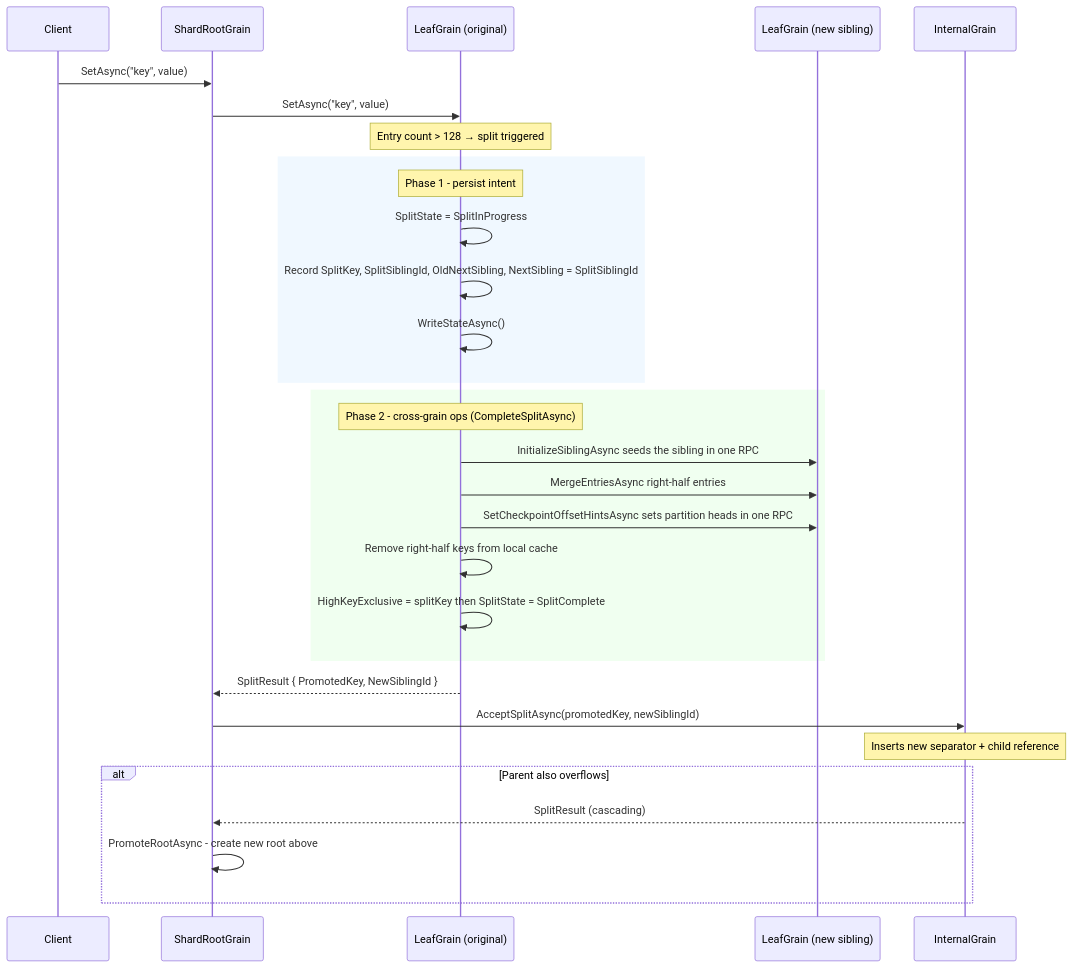
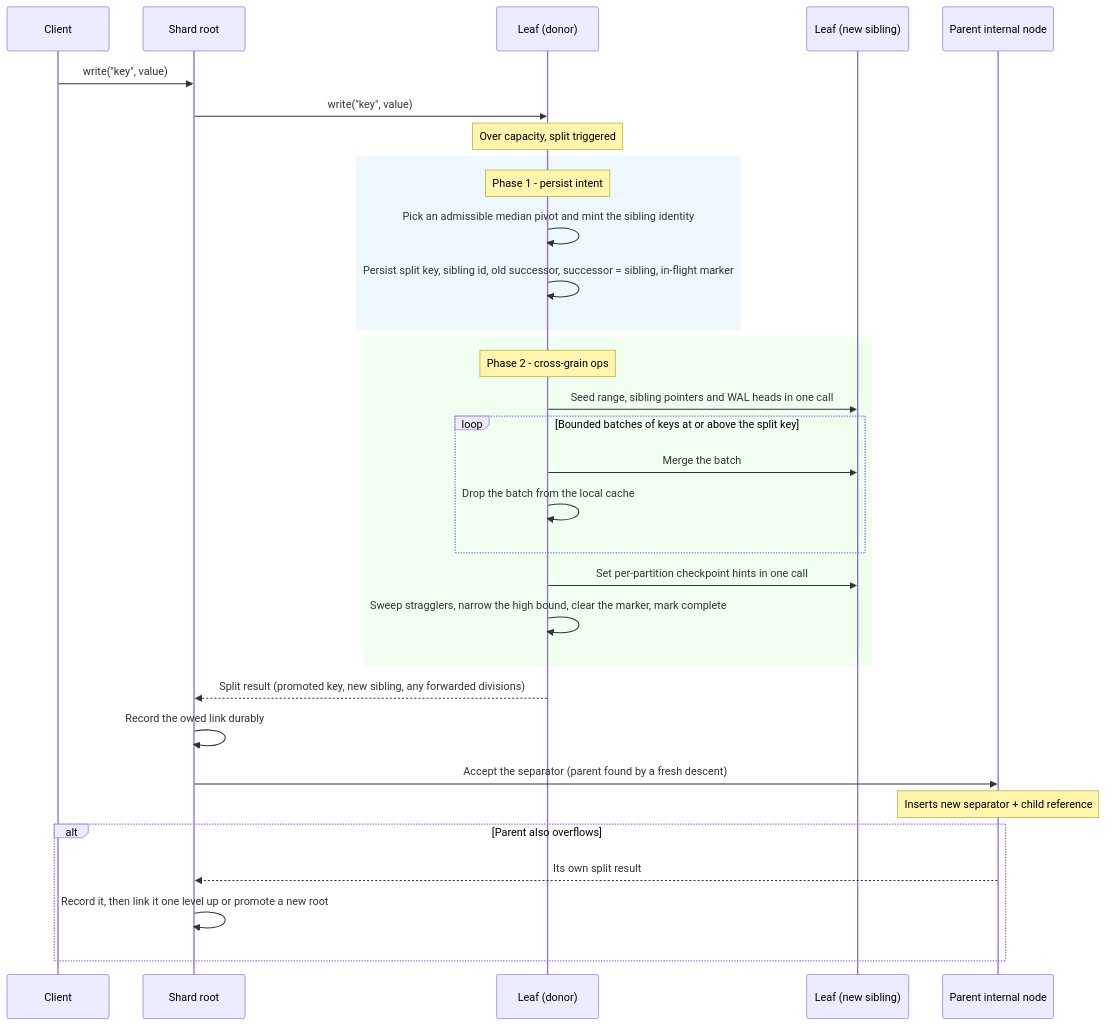
One commit to NSTA1/Orleans.Lattice changed the third of 4 diagrams in docs/lattice/tree-structure.md. Above: the diagram before and after it, drawn with Mermaid. The commit also changed other lines of this file and 448 other files, not shown here.

````diff
--- a/docs/lattice/tree-structure.md
+++ b/docs/lattice/tree-structure.md
@@ -58,39 +58,41 @@
 ```mermaid
 sequenceDiagram
     participant Client
-    participant Root as ShardRootGrain
-    participant Leaf as LeafGrain (original)
-    participant New as LeafGrain (new sibling)
-    participant Parent as InternalGrain
+    participant Root as Shard root
+    participant Leaf as Leaf (donor)
+    participant New as Leaf (new sibling)
+    participant Parent as Parent internal node
 
-    Client->>Root: SetAsync("key", value)
-    Root->>Leaf: SetAsync("key", value)
+    Client->>Root: write("key", value)
+    Root->>Leaf: write("key", value)
 
-    Note over Leaf: Entry count > 128 → split triggered
+    Note over Leaf: Over capacity, split triggered
 
     rect rgb(240, 248, 255)
     Note over Leaf: Phase 1 - persist intent
-    Leaf->>Leaf: SplitState = SplitInProgress
-    Leaf->>Leaf: Record SplitKey, SplitSiblingId, OldNextSibling, NextSibling = SplitSiblingId
-    Leaf->>Leaf: WriteStateAsync()
+    Leaf->>Leaf: Pick an admissible median pivot and mint the sibling identity
+    Leaf->>Leaf: Persist split key, sibling id, old successor, successor = sibling, in-flight marker
     end
 
     rect rgb(240, 255, 240)
-    Note over Leaf: Phase 2 - cross-grain ops (CompleteSplitAsync)
-    Leaf->>New: InitializeSiblingAsync seeds the sibling in one RPC
-    Leaf->>New: MergeEntriesAsync right-half entries
-    Leaf->>New: SetCheckpointOffsetHintsAsync sets partition heads in one RPC
-    Leaf->>Leaf: Remove right-half keys from local cache
-    Leaf->>Leaf: HighKeyExclusive = splitKey then SplitState = SplitComplete
+    Note over Leaf: Phase 2 - cross-grain ops
+    Leaf->>New: Seed range, sibling pointers and WAL heads in one call
+    loop Bounded batches of keys at or above the split key
+        Leaf->>New: Merge the batch
+        Leaf->>Leaf: Drop the batch from the local cache
+    end
+    Leaf->>New: Set per-partition checkpoint hints in one call
+    Leaf->>Leaf: Sweep stragglers, narrow the high bound, clear the marker, mark complete
     end
 
-    Leaf-->>Root: SplitResult { PromotedKey, NewSiblingId }
-    Root->>Parent: AcceptSplitAsync(promotedKey, newSiblingId)
+    Leaf-->>Root: Split result (promoted key, new sibling, any forwarded divisions)
+    Root->>Root: Record the owed link durably
+    Root->>Parent: Accept the separator (parent found by a fresh descent)
 
     Note over Parent: Inserts new separator + child reference
 
     alt Parent also overflows
-        Parent-->>Root: SplitResult (cascading)
-        Root->>Root: PromoteRootAsync - create new root above
+        Parent-->>Root: Its own split result
+        Root->>Root: Record it, then link it one level up or promote a new root
     end
 ```
````
